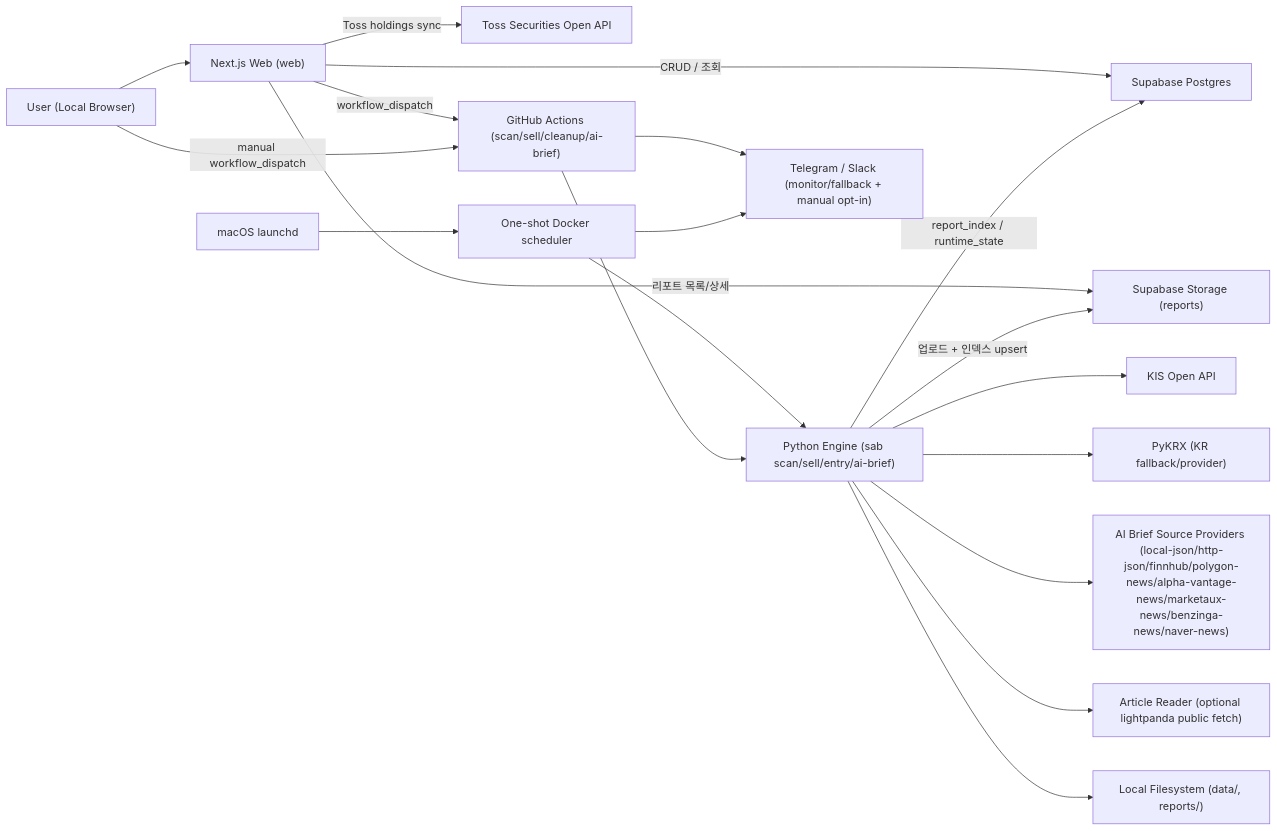
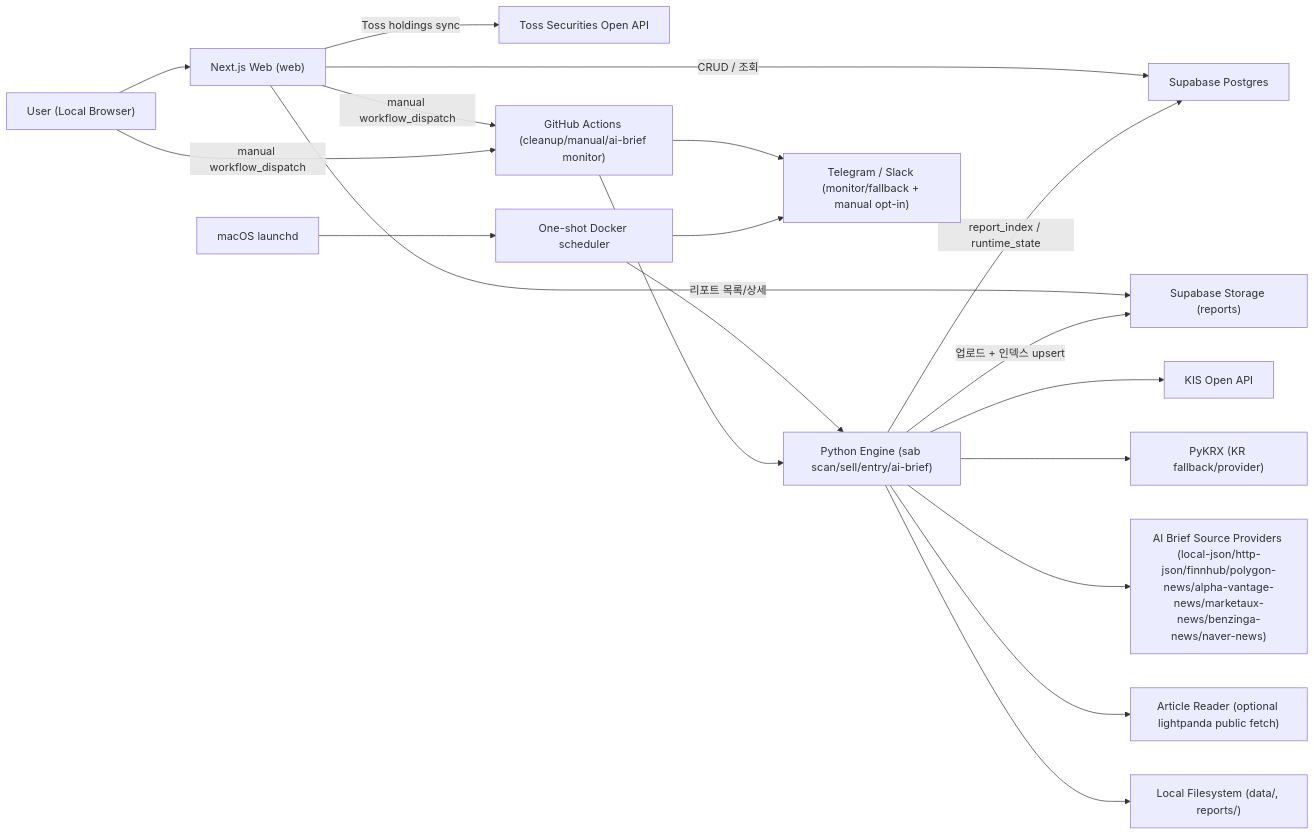
Before and after one commit to mochafreddo/swing-trading-report: the diagram in docs/ARCHITECTURE.md, drawn with Mermaid. The commit also changed other lines of this file and 14 other files, not shown here.

````diff
--- a/docs/ARCHITECTURE.md
+++ b/docs/ARCHITECTURE.md
@@ -43,23 +43,23 @@
 ```mermaid
 flowchart LR
   U["User (Local Browser)"] --> W["Next.js Web (web)"]
   W -->|CRUD / 조회| SDB["Supabase Postgres"]
   W -->|Toss holdings sync| TOSS["Toss Securities Open API"]
   W -->|리포트 목록/상세| SST["Supabase Storage (reports)"]
-  W -->|workflow_dispatch| GHA["GitHub Actions (scan/sell/cleanup/ai-brief)"]
+  W -->|manual workflow_dispatch| GHA["GitHub Actions (cleanup/manual/ai-brief monitor)"]
   U -->|manual workflow_dispatch| GHA
   LD["macOS launchd"] --> DK["One-shot Docker scheduler"]
   DK --> P
 
   GHA --> P["Python Engine (sab scan/sell/entry/ai-brief)"]
   P --> KIS["KIS Open API"]
   P --> PY["PyKRX (KR fallback/provider)"]
   P --> SRC["AI Brief Source Providers (local-json/http-json/finnhub/polygon-news/alpha-vantage-news/marketaux-news/benzinga-news/naver-news)"]
   P --> AR["Article Reader (optional lightpanda public fetch)"]
   P --> LF["Local Filesystem (data/, reports/)"]
   P -->|업로드 + 인덱스 upsert| SST
   P -->|report_index / runtime_state| SDB
 
   GHA --> TG["Telegram / Slack (monitor/fallback + manual opt-in)"]
   DK --> TG
 ```
````
